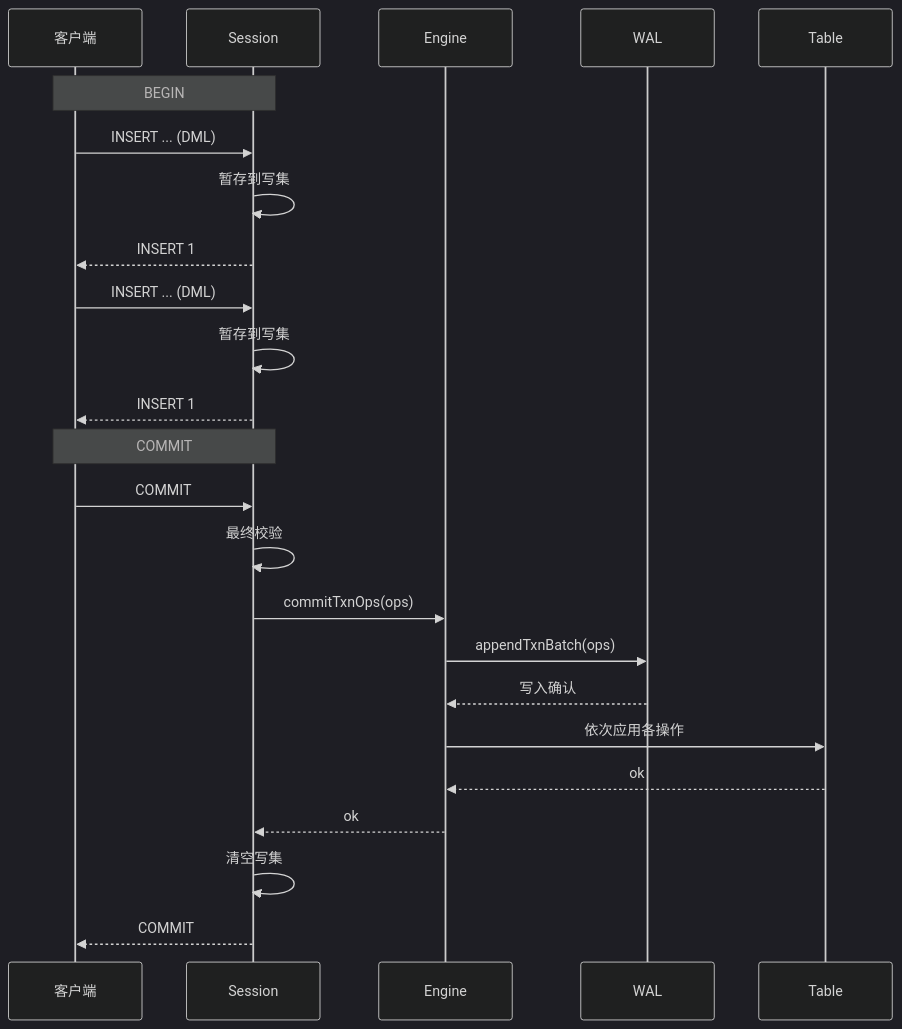
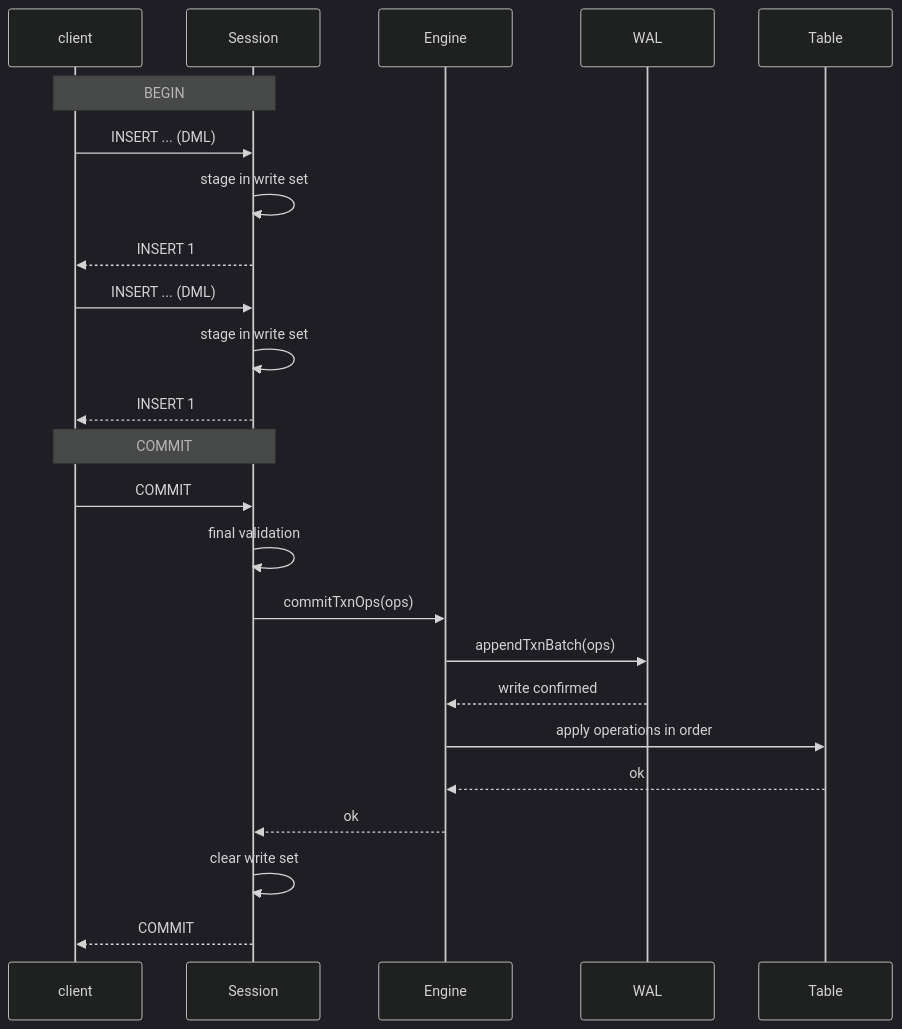
Before and after one commit to viloris-org/Pico: the second of 3 diagrams in docs/architecture/write-path.md, drawn with Mermaid (dark theme). The commit also changed other lines of this file and 30 other files, not shown here.

````diff
--- a/docs/architecture/write-path.md
+++ b/docs/architecture/write-path.md
@@ -86,28 +88,26 @@
 ```mermaid
 sequenceDiagram
-    participant C as 客户端
+    participant C as client
     participant S as Session
     participant E as Engine
     participant W as WAL
     participant T as Table
-
     Note over C,S: BEGIN
     C->>S: INSERT ... (DML)
-    S->>S: 暂存到写集
+    S->>S: stage in write set
     S-->>C: INSERT 1
     C->>S: INSERT ... (DML)
-    S->>S: 暂存到写集
+    S->>S: stage in write set
     S-->>C: INSERT 1
-
     Note over C,S: COMMIT
     C->>S: COMMIT
-    S->>S: 最终校验
+    S->>S: final validation
     S->>E: commitTxnOps(ops)
     E->>W: appendTxnBatch(ops)
-    W-->>E: 写入确认
-    E->>T: 依次应用各操作
+    W-->>E: write confirmed
+    E->>T: apply operations in order
     T-->>E: ok
     E-->>S: ok
-    S->>S: 清空写集
+    S->>S: clear write set
     S-->>C: COMMIT
 ```
````
